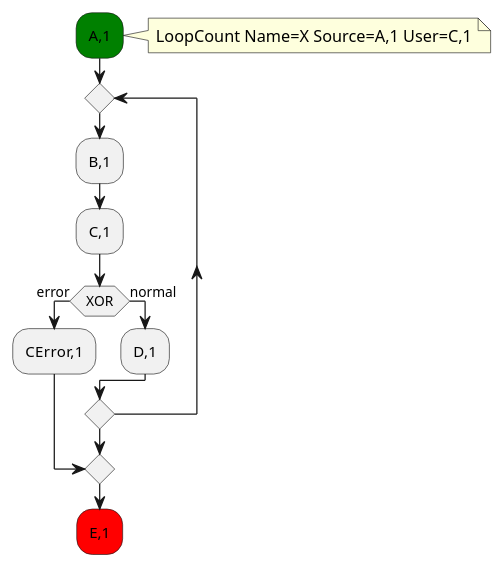
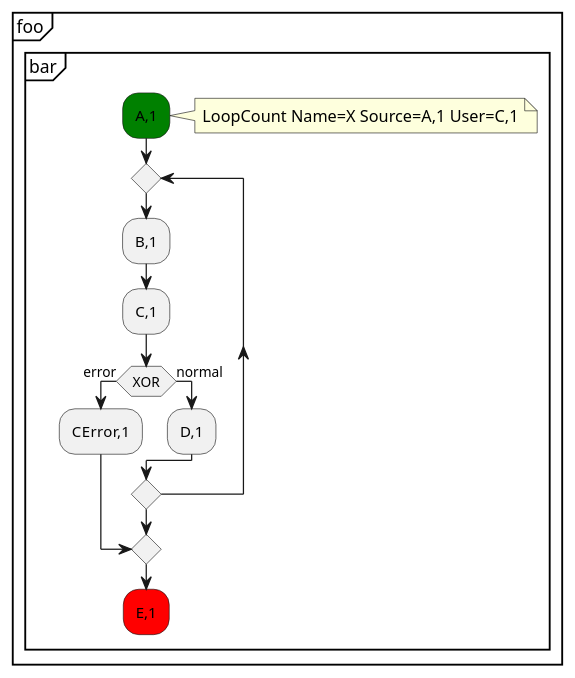
Before and after one commit to xtuml/munin: the diagram in models/SequenceVerificationDataCentric/puml/Tutorial_18.puml, drawn with PlantUML. The commit also changed 7 other files, not shown here.

```diff
--- a/models/SequenceVerificationDataCentric/puml/Tutorial_18.puml
+++ b/models/SequenceVerificationDataCentric/puml/Tutorial_18.puml
@@ -1,17 +1,21 @@
 @startuml
+partition "foo" {
+  group "bar"
 #green:A,1;
 note right 
   LoopCount Name=X Source=A,1 User=C,1
-end note  
+end note
 repeat
   :B,1;
   :C,1;
   if (XOR) then (error)
     :CError,1;
     break
   else (normal)
     :D,1;
   endif
 repeat while
 #red:E,1;
+  end group
+}
 @enduml
```
